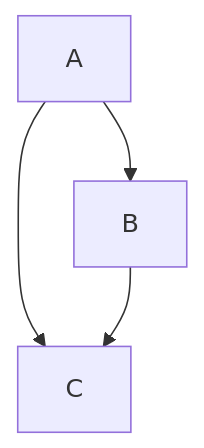
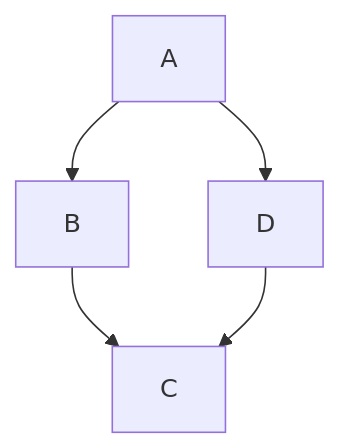
The diagram in README.md (marcosfa00/BoletinesJava), drawn with Mermaid before and after one commit.

Commit message:
HAGO BIEN EL MERMAID

````diff
--- a/README.md
+++ b/README.md
@@ -69,6 +69,7 @@
 ```mermaid
 graph TD;
     A-->B;
-    A-->C;
     B-->C;
+    A-->D;
+    D-->C;
 ```
````
